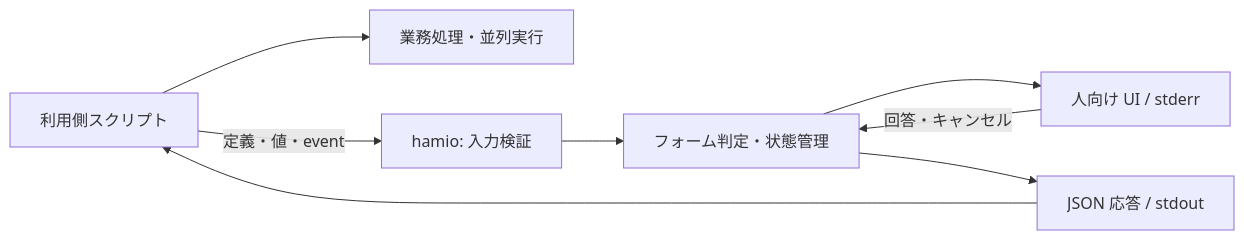
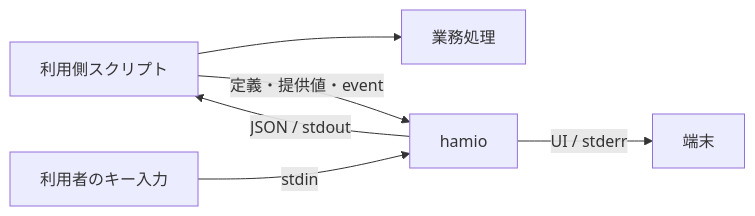
One commit to 9uiLe/hamio changed the diagram in docs/design.md. Above: the diagram before and after it, drawn with Mermaid. The commit also changed other lines of this file and 38 other files, not shown here.

````diff
--- a/docs/design.md
+++ b/docs/design.md
@@ -52,10 +58,8 @@
 ```mermaid
 flowchart LR
-    C["利用側スクリプト"] --> B["業務処理・並列実行"]
-    C -->|"定義・値・event"| V["hamio: 入力検証"]
-    V --> S["フォーム判定・状態管理"]
-    S --> H["人向け UI / stderr"]
-    H -->|"回答・キャンセル"| S
-    S --> J["JSON 応答 / stdout"]
-    J --> C
+    U["利用側スクリプト"] --> B["業務処理"]
+    U -->|"定義・提供値・event"| H["hamio"]
+    K["利用者のキー入力"] -->|"stdin"| H
+    H -->|"JSON / stdout"| U
+    H -->|"UI / stderr"| T["端末"]
 ```
````
